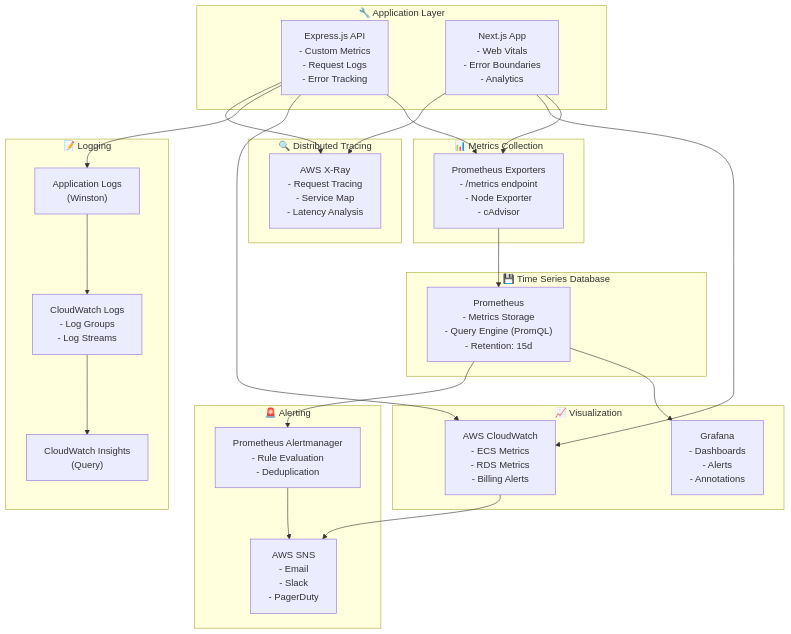
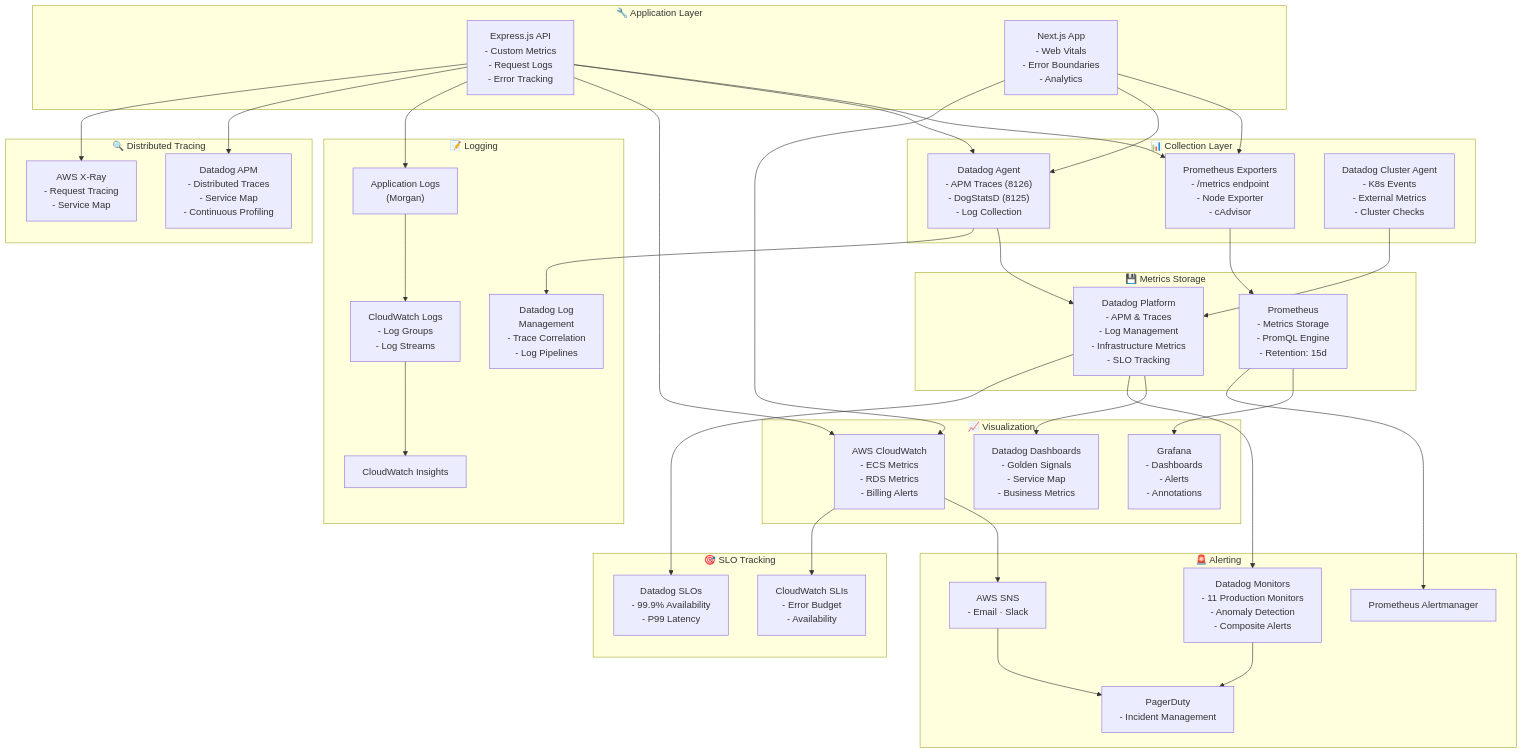
Diagram 23 of 34 in ARCHITECTURE.md (hoangsonww/PetSwipe-Match-App), drawn with Mermaid before and after one commit. The commit also changed other lines of this file and 22 other files, not shown here.

Commit message:
feat(datadog): integrate Datadog observability with APM, logging, and monitoring configurations

````diff
--- a/ARCHITECTURE.md
+++ b/ARCHITECTURE.md
@@ -1314,53 +1314,77 @@
 ```mermaid
 flowchart TB
     subgraph Application["🔧 Application Layer"]
         Backend["Express.js API<br/>- Custom Metrics<br/>- Request Logs<br/>- Error Tracking"]
         Frontend["Next.js App<br/>- Web Vitals<br/>- Error Boundaries<br/>- Analytics"]
     end
 
-    subgraph Collection["📊 Metrics Collection"]
+    subgraph Collection["📊 Collection Layer"]
         PrometheusExporter["Prometheus Exporters<br/>- /metrics endpoint<br/>- Node Exporter<br/>- cAdvisor"]
+        DDAgent["Datadog Agent<br/>- APM Traces (8126)<br/>- DogStatsD (8125)<br/>- Log Collection"]
+        DDClusterAgent["Datadog Cluster Agent<br/>- K8s Events<br/>- External Metrics<br/>- Cluster Checks"]
     end
 
-    subgraph Storage["💾 Time Series Database"]
-        Prometheus["Prometheus<br/>- Metrics Storage<br/>- Query Engine (PromQL)<br/>- Retention: 15d"]
+    subgraph Storage["💾 Metrics Storage"]
+        Prometheus["Prometheus<br/>- Metrics Storage<br/>- PromQL Engine<br/>- Retention: 15d"]
+        DatadogCloud["Datadog Platform<br/>- APM & Traces<br/>- Log Management<br/>- Infrastructure Metrics<br/>- SLO Tracking"]
     end
 
     subgraph Visualization["📈 Visualization"]
         Grafana["Grafana<br/>- Dashboards<br/>- Alerts<br/>- Annotations"]
         CloudWatch["AWS CloudWatch<br/>- ECS Metrics<br/>- RDS Metrics<br/>- Billing Alerts"]
+        DDDashboard["Datadog Dashboards<br/>- Golden Signals<br/>- Service Map<br/>- Business Metrics"]
     end
 
     subgraph Logging["📝 Logging"]
-        AppLogs["Application Logs<br/>(Winston)"]
+        AppLogs["Application Logs<br/>(Morgan)"]
         CloudWatchLogs["CloudWatch Logs<br/>- Log Groups<br/>- Log Streams"]
-        LogInsights["CloudWatch Insights<br/>(Query)"]
+        LogInsights["CloudWatch Insights"]
+        DDLogs["Datadog Log<br/>Management<br/>- Trace Correlation<br/>- Log Pipelines"]
     end
 
     subgraph Tracing["🔍 Distributed Tracing"]
-        XRay["AWS X-Ray<br/>- Request Tracing<br/>- Service Map<br/>- Latency Analysis"]
+        XRay["AWS X-Ray<br/>- Request Tracing<br/>- Service Map"]
+        DDTrace["Datadog APM<br/>- Distributed Traces<br/>- Service Map<br/>- Continuous Profiling"]
     end
 
     subgraph Alerting["🚨 Alerting"]
-        PrometheusAlerts["Prometheus Alertmanager<br/>- Rule Evaluation<br/>- Deduplication"]
-        SNS["AWS SNS<br/>- Email<br/>- Slack<br/>- PagerDuty"]
+        PrometheusAlerts["Prometheus Alertmanager"]
+        DDMonitors["Datadog Monitors<br/>- 11 Production Monitors<br/>- Anomaly Detection<br/>- Composite Alerts"]
+        SNS["AWS SNS<br/>- Email · Slack"]
+        PagerDuty["PagerDuty<br/>- Incident Management"]
+    end
+
+    subgraph SLOs["🎯 SLO Tracking"]
+        DDSLOs["Datadog SLOs<br/>- 99.9% Availability<br/>- P99 Latency"]
+        CWSLOs["CloudWatch SLIs<br/>- Error Budget<br/>- Availability"]
     end
 
     Backend --> PrometheusExporter
     Frontend --> PrometheusExporter
+    Backend --> DDAgent
+    Frontend --> DDAgent
     PrometheusExporter --> Prometheus
+    DDAgent --> DatadogCloud
+    DDClusterAgent --> DatadogCloud
     Prometheus --> Grafana
+    DatadogCloud --> DDDashboard
     Backend --> CloudWatch
     Frontend --> CloudWatch
 
     Backend --> AppLogs
     AppLogs --> CloudWatchLogs
     CloudWatchLogs --> LogInsights
+    DDAgent --> DDLogs
 
+    Backend --> DDTrace
     Backend --> XRay
-    Frontend --> XRay
 
     Prometheus --> PrometheusAlerts
     CloudWatch --> SNS
-    PrometheusAlerts --> SNS
+    DatadogCloud --> DDMonitors
+    DDMonitors --> PagerDuty
+    SNS --> PagerDuty
+
+    DatadogCloud --> DDSLOs
+    CloudWatch --> CWSLOs
 ```
````
